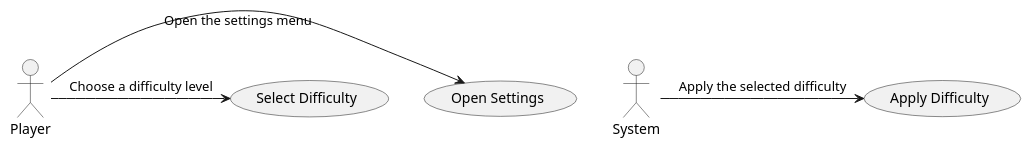
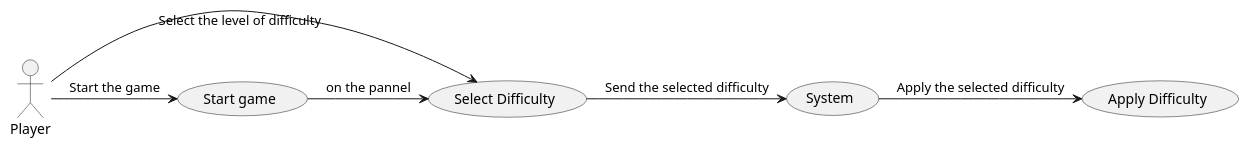
The diagram in Diagram/UseCase/changeDifficulty.puml (LosVerinos/Crossy-Road), drawn with PlantUML before and after one commit. The commit also changed 9 other files, not shown here.

```diff
--- a/Diagram/UseCase/changeDifficulty.puml
+++ b/Diagram/UseCase/changeDifficulty.puml
@@ -1,9 +1,10 @@
 @startuml
 actor Player
-actor System
 
-Player -> (Open Settings) : Open the settings menu
-Player -> (Select Difficulty) : Choose a difficulty level
-System -> (Apply Difficulty) : Apply the selected difficulty
+Player -> (Start game) : Start the game
+(Start game) -> (Select Difficulty) : on the pannel
+Player -> (Select Difficulty) : Select the level of difficulty
+(Select Difficulty) -> (System) : Send the selected difficulty
+(System) -> (Apply Difficulty) : Apply the selected difficulty
 
 @enduml
```
